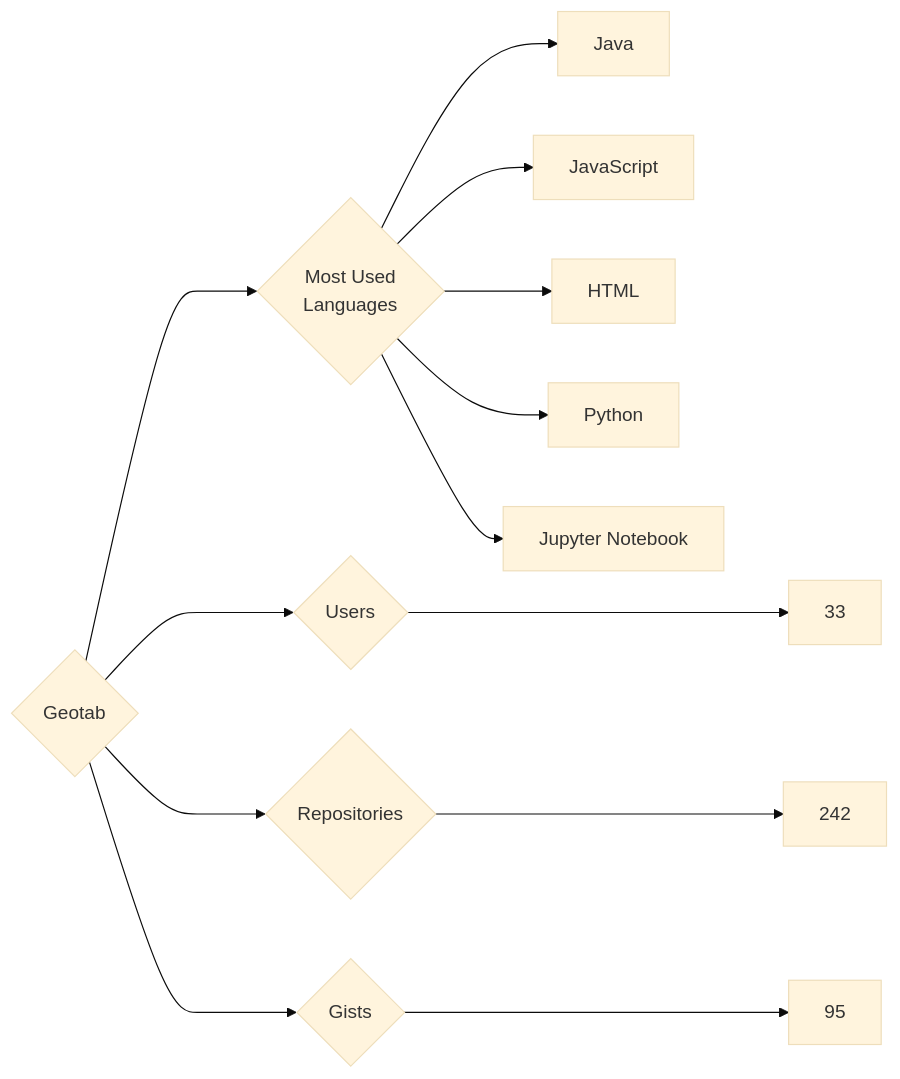
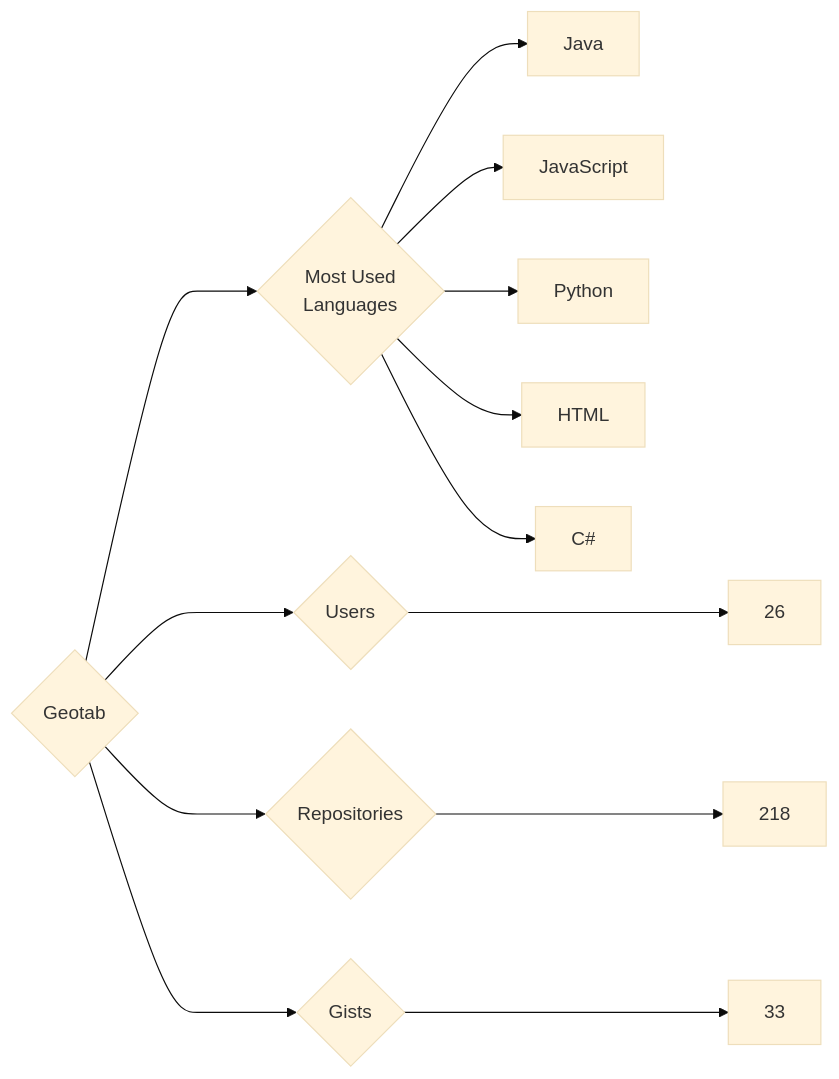
The diagram in targets/Geotab/README.md (trickest/insiders), drawn with Mermaid (base theme) before and after one commit. The commit also changed 826 other files, not shown here.

````diff
--- a/targets/Geotab/README.md
+++ b/targets/Geotab/README.md
@@ -3,13 +3,13 @@
 ```mermaid
 graph LR
 COMPANY_NAME{Geotab}
-COMPANY_NAME ---> U{Users} ---> UN[33]
-COMPANY_NAME ---> R{Repositories} ---> RN[242]
-COMPANY_NAME ---> G{Gists} ---> GN[95]
+COMPANY_NAME ---> U{Users} ---> UN[26]
+COMPANY_NAME ---> R{Repositories} ---> RN[218]
+COMPANY_NAME ---> G{Gists} ---> GN[33]
 COMPANY_NAME ---> ML{Most Used<br>Languages}
 ML --> Java[Java]
 ML --> JavaScript[JavaScript]
+ML --> Python[Python]
 ML --> HTML[HTML]
-ML --> Python[Python]
-ML --> Jupyter_Notebook[Jupyter Notebook]
+ML --> C#[C#]
 ```
````
